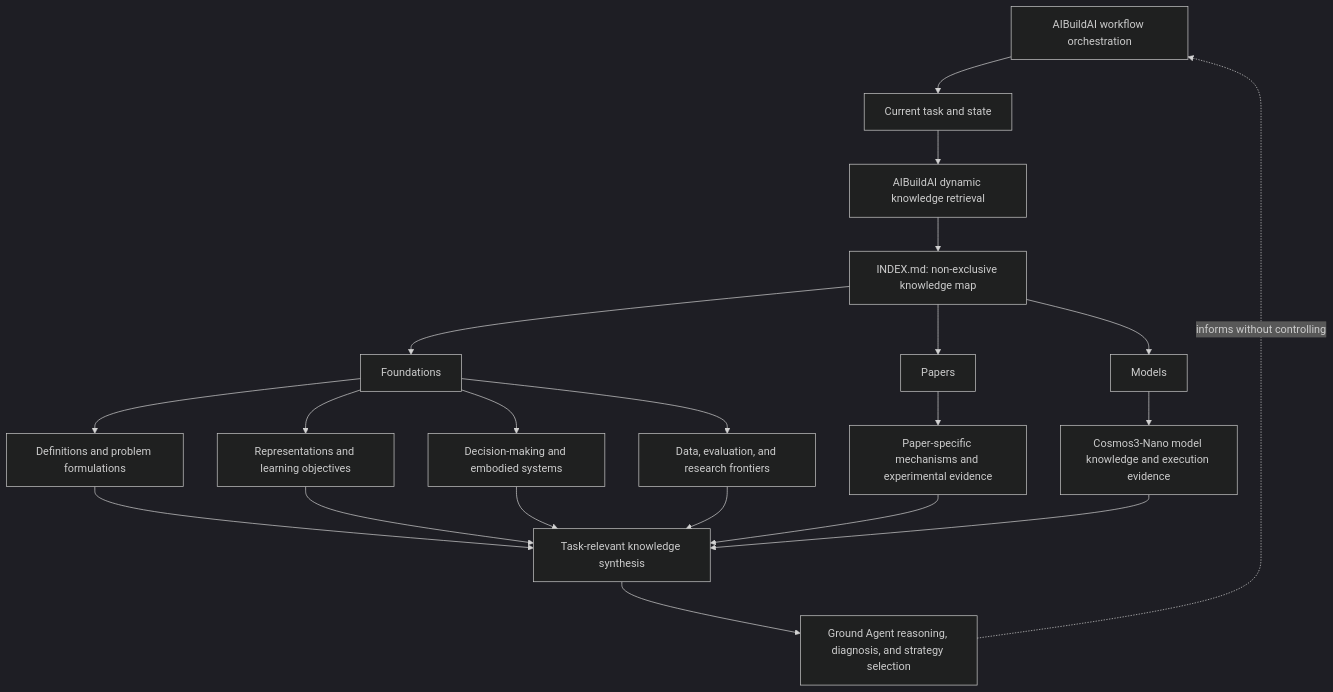
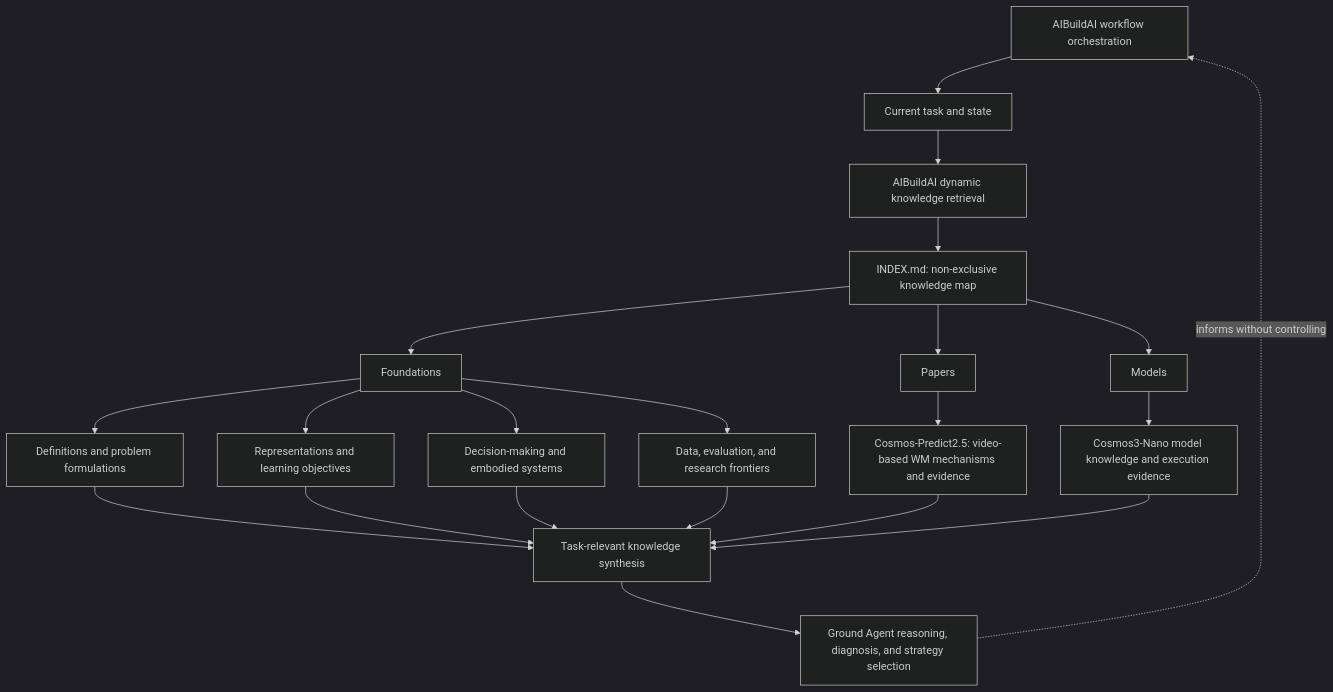
Before and after one commit to ABA-WM-Knowledge-Base/ABA-WM-Knowledge-Base: the diagram in README.md, drawn with Mermaid (dark theme). The commit also changed other lines of this file and 23 other files, not shown here.

Commit message:
Add Cosmos-Predict2.5 paper knowledge entry

````diff
--- a/README.md
+++ b/README.md
@@ -28,28 +28,28 @@
 ```mermaid
 flowchart TD
     O["AIBuildAI workflow orchestration"] --> T["Current task and state"]
     T --> R["AIBuildAI dynamic knowledge retrieval"]
     R --> I["INDEX.md: non-exclusive knowledge map"]
 
     I --> F["Foundations"]
     I --> P["Papers"]
     I --> M["Models"]
 
     F --> F1["Definitions and problem formulations"]
     F --> F2["Representations and learning objectives"]
     F --> F3["Decision-making and embodied systems"]
     F --> F4["Data, evaluation, and research frontiers"]
 
-    P --> PE["Paper-specific mechanisms and experimental evidence"]
+    P --> P25["Cosmos-Predict2.5: video-based WM mechanisms and evidence"]
     M --> C["Cosmos3-Nano model knowledge and execution evidence"]
 
     F1 --> S["Task-relevant knowledge synthesis"]
     F2 --> S
     F3 --> S
     F4 --> S
-    PE --> S
+    P25 --> S
     C --> S
 
     S --> D["Ground Agent reasoning, diagnosis, and strategy selection"]
     D -.->|informs without controlling| O
 ```
````
